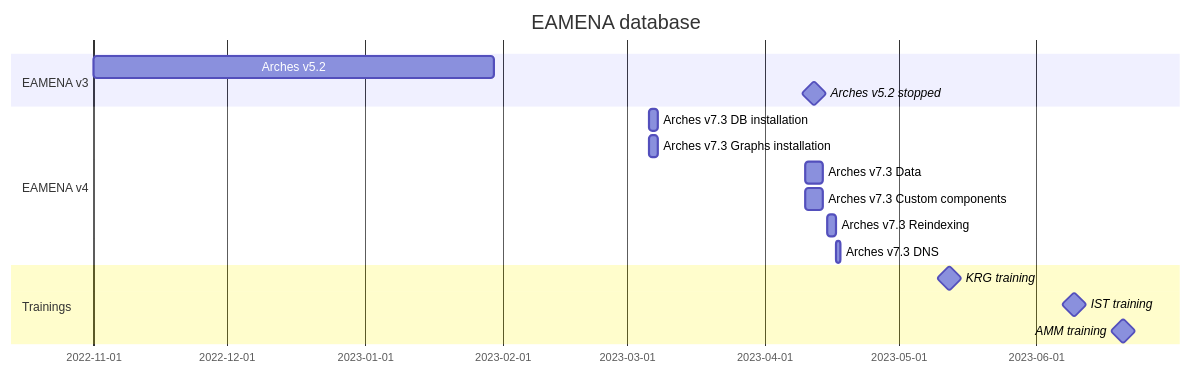
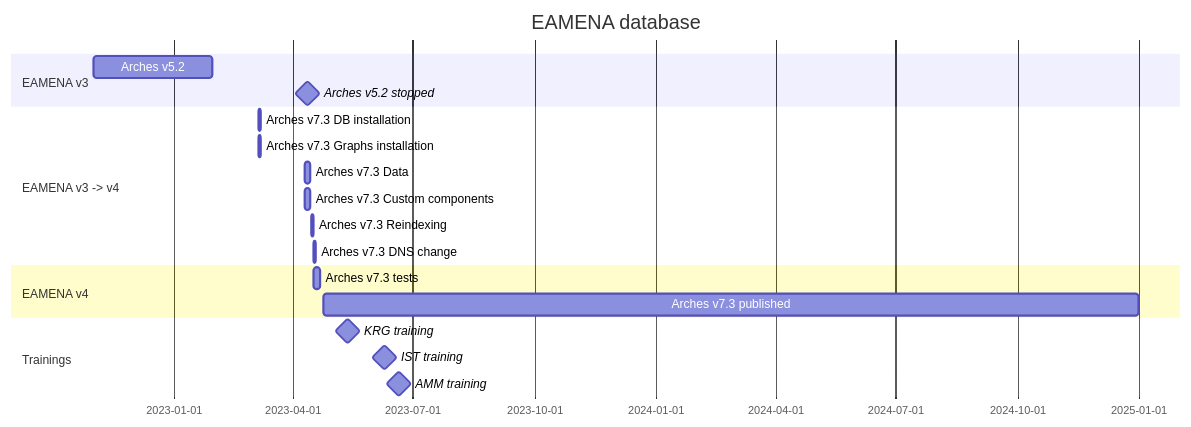
The first of 2 diagrams in dbs/database.eamena/README.md (eamena-project/eamena-arches-dev), drawn with Mermaid before and after one commit.

Commit message:
timeline

````diff
--- a/dbs/database.eamena/README.md
+++ b/dbs/database.eamena/README.md
@@ -5,19 +5,22 @@
 ```mermaid
 gantt
     title EAMENA database
     dateFormat  YYYY-MM-DD
     section EAMENA v3
     Arches v5.2              : a0, 2022-11-01, 90d
     Arches v5.2 stopped      : milestone, m3, 2023-04-10, 4d
-    section EAMENA v4
+    section EAMENA v3 -> v4
     Arches v7.3 DB installation        : a1, 2023-03-06, 2d
     Arches v7.3 Graphs installation    : a1, 2023-03-06, 2d
     Arches v7.3 Data                   : a1, 2023-04-10, 4d
     Arches v7.3 Custom components      : a1, 2023-04-10, 4d
     Arches v7.3 Reindexing             : a1, 2023-04-15, 2d
-    Arches v7.3 DNS                    : a1, 2023-04-17, 1d
+    Arches v7.3 DNS change             : a1, 2023-04-17, 1d
+    section EAMENA v4
+    Arches v7.3 tests                  : a1, 2023-04-17, 5d
+    Arches v7.3 published              : a1, 2023-04-24, 2025-01-01
     section Trainings
     KRG training             : milestone, m3, 2023-05-09, 7d
     IST training             : milestone, m3, 2023-06-06, 7d
     AMM training             : milestone, m3, 2023-06-17, 7d
 ```
````
